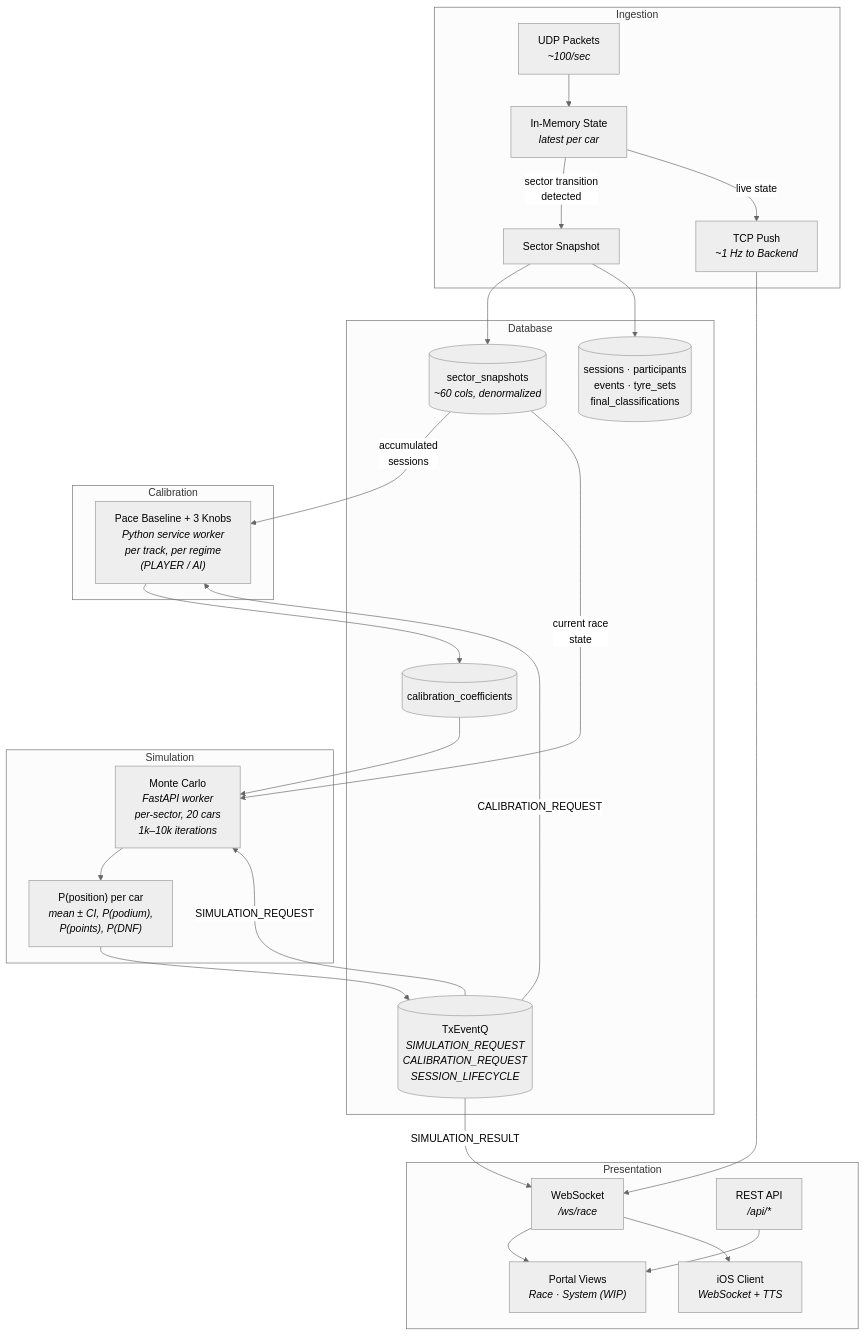
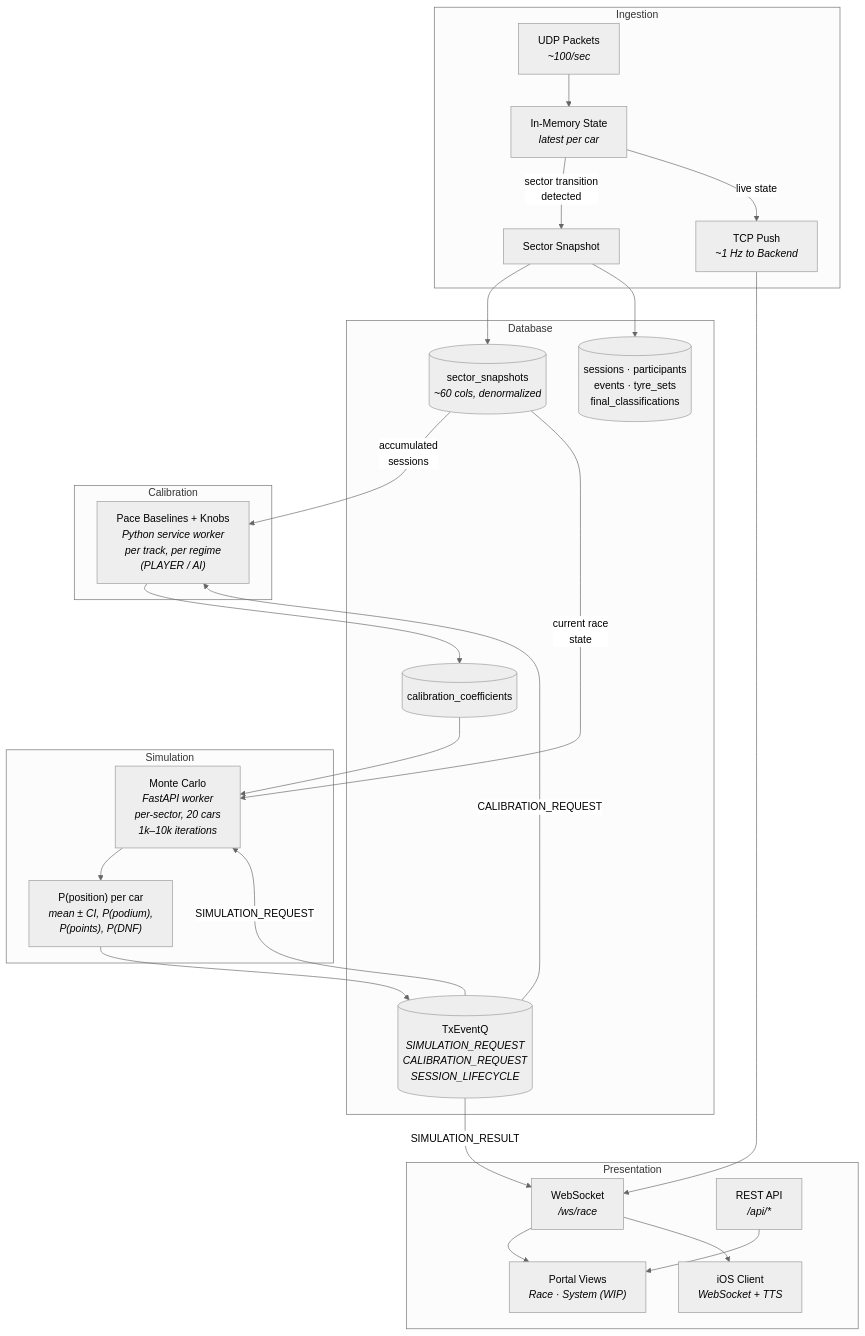
The second of 2 diagrams in README.md (vmleon/f12025-race-strategy-simulation), drawn with Mermaid (neutral theme) before and after one commit. The commit also changed other lines of this file and 7 other files, not shown here.

````diff
--- a/README.md
+++ b/README.md
@@ -43,51 +43,51 @@
 ```mermaid
 graph TD
     subgraph Ingestion
         UDP["UDP Packets<br/><i>~100/sec</i>"]
         Mem["In-Memory State<br/><i>latest per car</i>"]
         Snap["Sector Snapshot"]
         TCP["TCP Push<br/><i>~1 Hz to Backend</i>"]
         UDP --> Mem
         Mem -- "sector transition<br/>detected" --> Snap
         Mem -- "live state" --> TCP
     end
 
     subgraph Database
         SS[("sector_snapshots<br/><i>~60 cols, denormalized</i>")]
         CC[("calibration_coefficients")]
         Aux[("sessions · participants<br/>events · tyre_sets<br/>final_classifications")]
         Q[("TxEventQ<br/><i>SIMULATION_REQUEST<br/>CALIBRATION_REQUEST<br/>SESSION_LIFECYCLE</i>")]
     end
 
     subgraph Calibration
-        Fit["Pace Baseline + 3 Knobs<br/><i>Python service worker<br/>per track, per regime<br/>(PLAYER / AI)</i>"]
+        Fit["Pace Baselines + Knobs<br/><i>Python service worker<br/>per track, per regime<br/>(PLAYER / AI)</i>"]
     end
 
     subgraph Simulation
         MC["Monte Carlo<br/><i>FastAPI worker<br/>per-sector, 20 cars<br/>1k–10k iterations</i>"]
         Out["P(position) per car<br/><i>mean ± CI, P(podium),<br/>P(points), P(DNF)</i>"]
         MC --> Out
     end
 
     subgraph Presentation
         WS["WebSocket<br/><i>/ws/race</i>"]
         REST["REST API<br/><i>/api/*</i>"]
         Views["Portal Views<br/><i>Race · System (WIP)</i>"]
         iOS["iOS Client<br/><i>WebSocket + TTS</i>"]
         WS --> Views
         WS --> iOS
         REST --> Views
     end
 
     Snap --> SS
     Snap --> Aux
     TCP --> WS
     Q -- "CALIBRATION_REQUEST" --> Fit
     SS -- "accumulated<br/>sessions" --> Fit
     Fit --> CC
     Q -- "SIMULATION_REQUEST" --> MC
     CC --> MC
     SS -- "current race<br/>state" --> MC
     Out --> Q
     Q -- "SIMULATION_RESULT" --> WS
 ```
````
